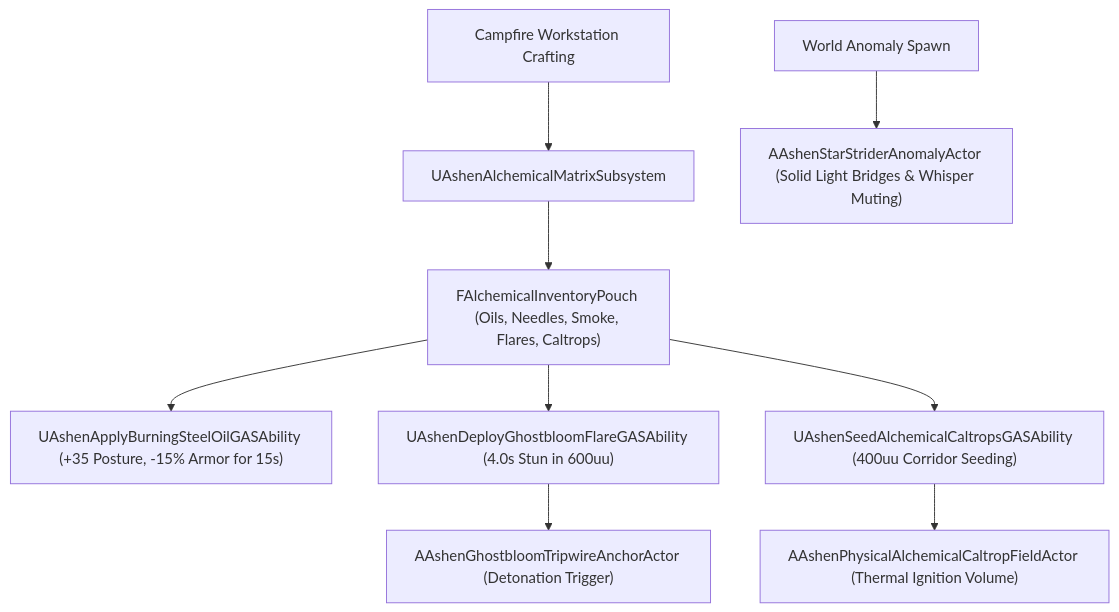
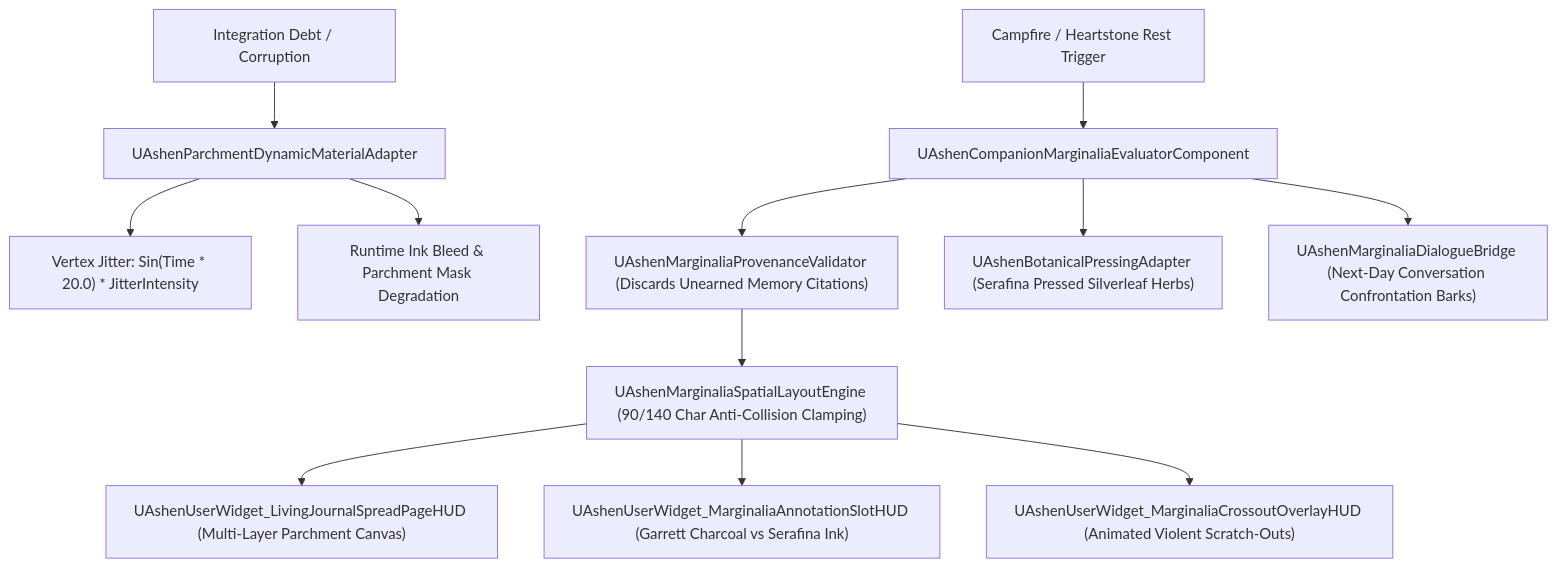
One commit to Icebane84/Ashen-Oath changed the sixth of 6 diagrams in Docs/MASTER_ARCHITECTURE_ATLAS.md. Above: the diagram before and after it, drawn with Mermaid. The commit also changed other lines of this file, not shown here.

Commit message:
docs(atlas): Update Master Architecture Atlas diagrams to Milestone 2,295 (Master Batches #111-#114)

````diff
--- a/Docs/MASTER_ARCHITECTURE_ATLAS.md
+++ b/Docs/MASTER_ARCHITECTURE_ATLAS.md
@@ -237,15 +219,18 @@
 ```mermaid
 graph TD
-    WORKSTATION["Campfire Workstation Crafting"] --> ALCH_SUB["UAshenAlchemicalMatrixSubsystem"]
+    CAMP_REST["Campfire / Heartstone Rest Trigger"] --> MARG_EVAL["UAshenCompanionMarginaliaEvaluatorComponent"]
     
-    ALCH_SUB --> POUCH["FAlchemicalInventoryPouch (Oils, Needles, Smoke, Flares, Caltrops)"]
+    MARG_EVAL --> PROV_VAL["UAshenMarginaliaProvenanceValidator (Discards Unearned Memory Citations)"]
+    PROV_VAL --> LAYOUT["UAshenMarginaliaSpatialLayoutEngine (90/140 Char Anti-Collision Clamping)"]
     
-    POUCH --> GA_OIL["UAshenApplyBurningSteelOilGASAbility (+35 Posture, -15% Armor for 15s)"]
-    POUCH --> GA_FLARE["UAshenDeployGhostbloomFlareGASAbility (4.0s Stun in 600uu)"]
-    POUCH --> GA_CALTROP["UAshenSeedAlchemicalCaltropsGASAbility (400uu Corridor Seeding)"]
+    LAYOUT --> PAGE_SPREAD["UAshenUserWidget_LivingJournalSpreadPageHUD (Multi-Layer Parchment Canvas)"]
+    LAYOUT --> SLOT_HUD["UAshenUserWidget_MarginaliaAnnotationSlotHUD (Garrett Charcoal vs Serafina Ink)"]
+    LAYOUT --> CROSS_HUD["UAshenUserWidget_MarginaliaCrossoutOverlayHUD (Animated Violent Scratch-Outs)"]
     
-    GA_CALTROP --> FIELD_ACTOR["AAshenPhysicalAlchemicalCaltropFieldActor (Thermal Ignition Volume)"]
-    GA_FLARE --> TRIP_ACTOR["AAshenGhostbloomTripwireAnchorActor (Detonation Trigger)"]
+    SSV_DEBT["Integration Debt / Corruption"] --> MAT_ADAPT["UAshenParchmentDynamicMaterialAdapter"]
+    MAT_ADAPT --> JITTER["Vertex Jitter: Sin(Time * 20.0) * JitterIntensity"]
+    MAT_ADAPT --> BLEED["Runtime Ink Bleed & Parchment Mask Degradation"]
     
-    ANOMALY["World Anomaly Spawn"] --> STAR_ACTOR["AAshenStarStriderAnomalyActor (Solid Light Bridges & Whisper Muting)"]
+    MARG_EVAL --> BOTANICAL["UAshenBotanicalPressingAdapter (Serafina Pressed Silverleaf Herbs)"]
+    MARG_EVAL --> DIALOG_BRIDGE["UAshenMarginaliaDialogueBridge (Next-Day Conversation Confrontation Barks)"]
 ```
````
